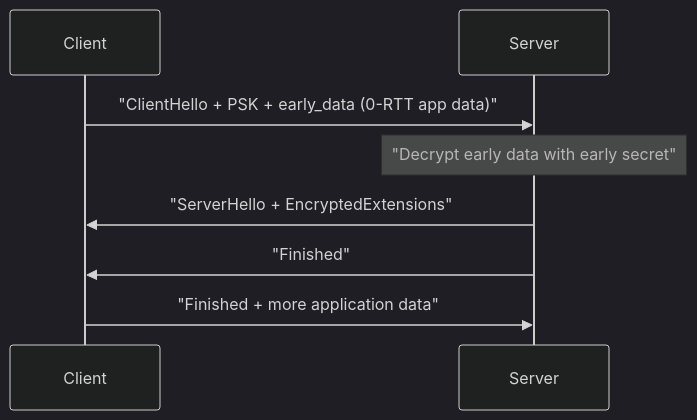
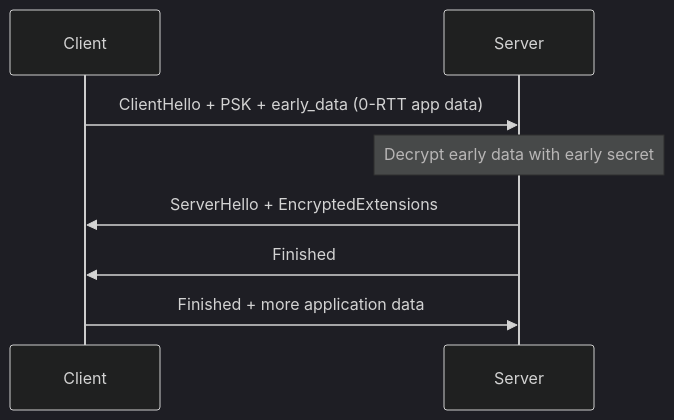
One commit to vabs/vabs.github.io changed the second of 2 diagrams in content/post/tls-1-3-handshake-internals.md. Above: the diagram before and after it, drawn with Mermaid (dark theme). The commit also changed other lines of this file and 87 other files, not shown here.

First line of the commit message:
Fix: Readable mermaid diagrams and fact-check blog posts

```diff
--- a/content/post/tls-1-3-handshake-internals.md
+++ b/content/post/tls-1-3-handshake-internals.md
@@ -100,10 +100,10 @@
 {{< mermaid >}}
 sequenceDiagram
     participant C as Client
     participant S as Server
-    C->>S: "ClientHello + PSK + early_data (0-RTT app data)"
-    Note over S: "Decrypt early data with early secret"
-    S->>C: "ServerHello + EncryptedExtensions"
-    S->>C: "Finished"
-    C->>S: "Finished + more application data"
+    C->>S: ClientHello + PSK + early_data (0-RTT app data)
+    Note over S: Decrypt early data with early secret
+    S->>C: ServerHello + EncryptedExtensions
+    S->>C: Finished
+    C->>S: Finished + more application data
 {{< /mermaid >}}
```
